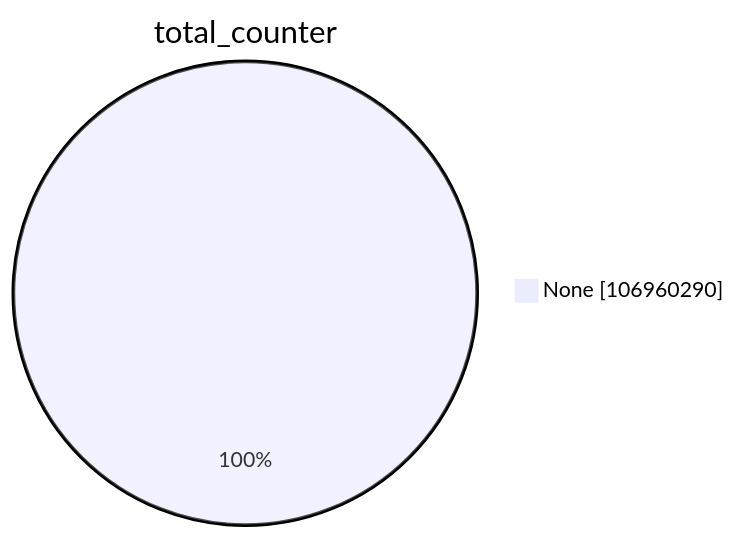
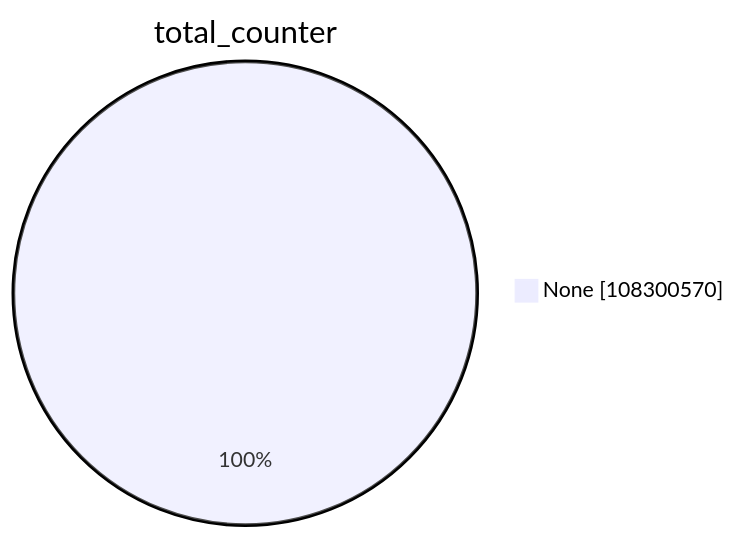
The first of 15 diagrams in xenon2023/README.md (christiankrug/ctmonitor_visualization), drawn with Mermaid before and after one commit. The commit also changed other lines of this file, not shown here.

````diff
--- a/xenon2023/README.md
+++ b/xenon2023/README.md
@@ -1,5 +1,5 @@
 ```mermaid
 pie showData
 title total_counter
-"None" :106960290
+"None" :108300570
 ```
````
